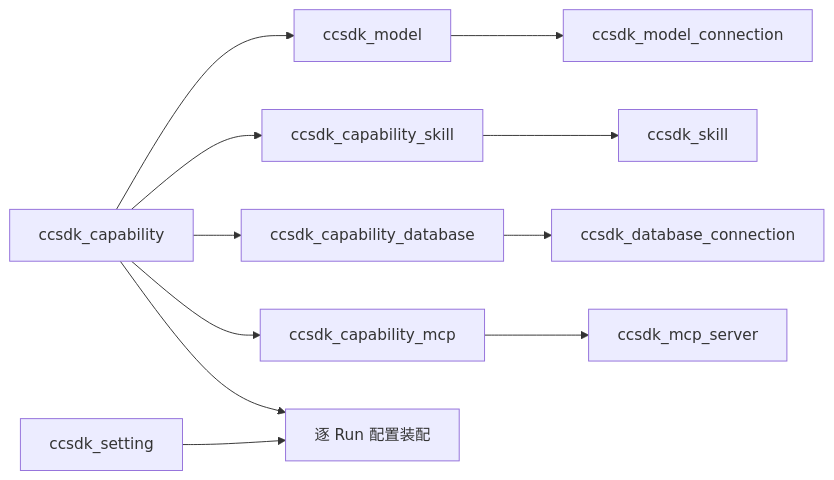
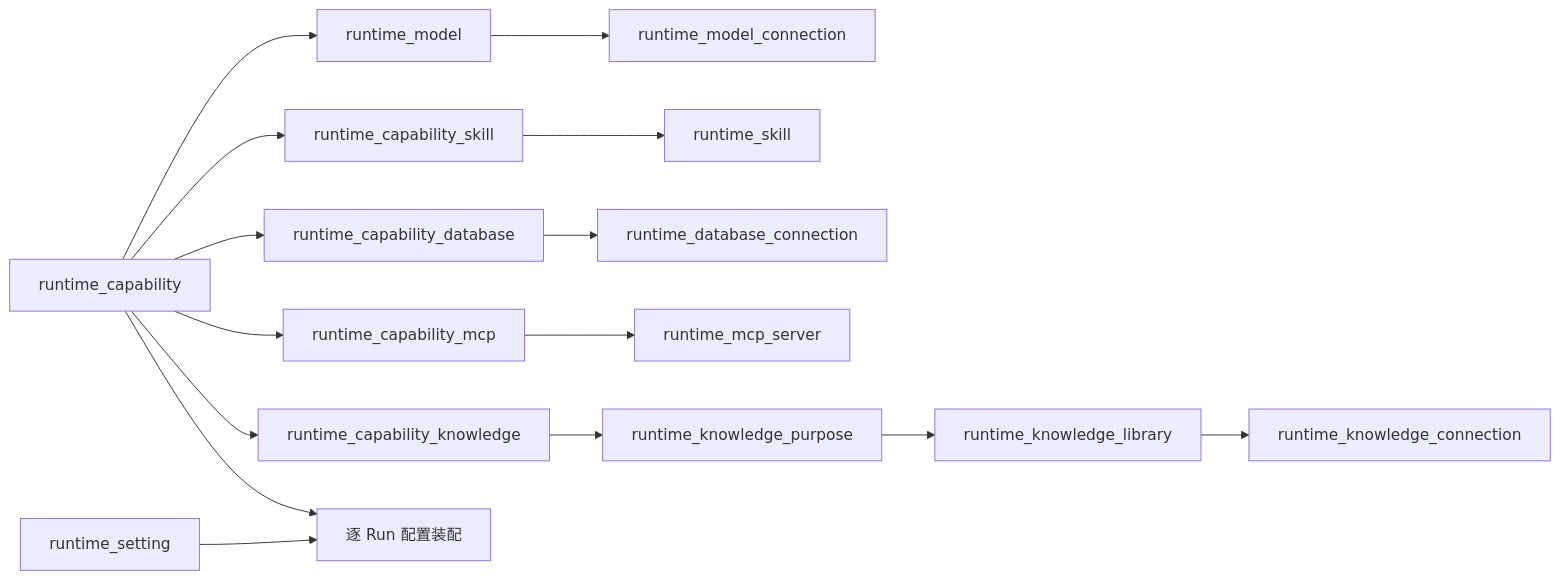
One commit to TIANBINGzzz/Thor changed the diagram in doc/specs/runtime-config-center.md. Above: the diagram before and after it, drawn with Mermaid. The commit also changed other lines of this file and 29 other files, not shown here.

Commit message:
feat: integrate tenant knowledge retrieval in runtime

````diff
--- a/doc/specs/runtime-config-center.md
+++ b/doc/specs/runtime-config-center.md
@@ -7,9 +7,11 @@
 ```mermaid
 flowchart LR
-  capability[ccsdk_capability] --> model[ccsdk_model] --> connection[ccsdk_model_connection]
-  capability --> cs[ccsdk_capability_skill] --> skill[ccsdk_skill]
-  capability --> cd[ccsdk_capability_database] --> db[ccsdk_database_connection]
-  capability --> cm[ccsdk_capability_mcp] --> mcp[ccsdk_mcp_server]
-  setting[ccsdk_setting] --> run[逐 Run 配置装配]
+  capability[runtime_capability] --> model[runtime_model] --> connection[runtime_model_connection]
+  capability --> cs[runtime_capability_skill] --> skill[runtime_skill]
+  capability --> cd[runtime_capability_database] --> db[runtime_database_connection]
+  capability --> cm[runtime_capability_mcp] --> mcp[runtime_mcp_server]
+  capability --> ck[runtime_capability_knowledge] --> purpose[runtime_knowledge_purpose]
+  purpose --> library[runtime_knowledge_library] --> kbconnection[runtime_knowledge_connection]
+  setting[runtime_setting] --> run[逐 Run 配置装配]
   capability --> run
 ```
````
